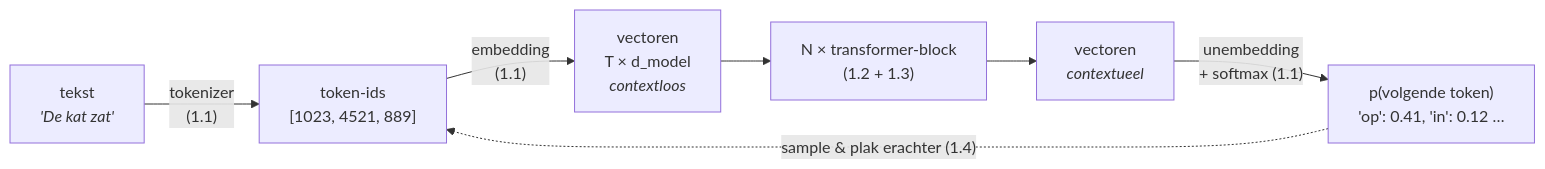
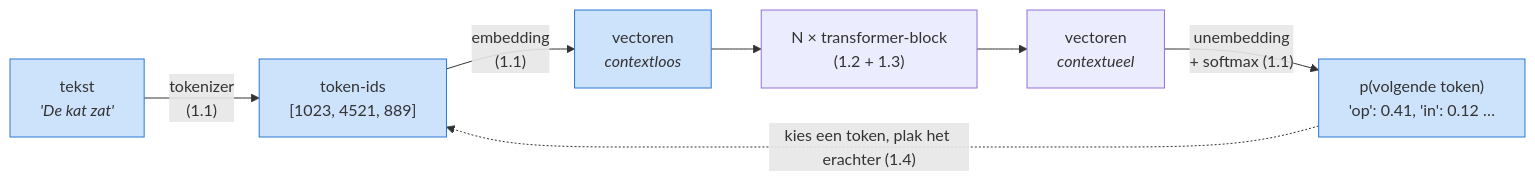
Before and after one commit to jeroenderuijter2002/Self-learning-AI: the diagram in modules/01-transformers/notes/1.1-tokens-en-embeddings.md, drawn with Mermaid. The commit also changed other lines of this file and 21 other files, not shown here.

````diff
--- a/modules/01-transformers/notes/1.1-tokens-en-embeddings.md
+++ b/modules/01-transformers/notes/1.1-tokens-en-embeddings.md
@@ -21,9 +31,13 @@
 ```mermaid
 flowchart LR
     A["tekst<br/><i>'De kat zat'</i>"] -->|"tokenizer<br/>(1.1)"| B["token-ids<br/>[1023, 4521, 889]"]
-    B -->|"embedding<br/>(1.1)"| C["vectoren<br/>T × d_model<br/><i>contextloos</i>"]
+    B -->|"embedding<br/>(1.1)"| C["vectoren<br/><i>contextloos</i>"]
     C --> D["N × transformer-block<br/>(1.2 + 1.3)"]
     D --> E["vectoren<br/><i>contextueel</i>"]
     E -->|"unembedding<br/>+ softmax (1.1)"| F["p(volgende token)<br/>'op': 0.41, 'in': 0.12 …"]
-    F -.->|"sample & plak erachter (1.4)"| B
+    F -.->|"kies een token, plak het erachter (1.4)"| B
+    style A fill:#cde2fb,stroke:#2a78d6
+    style B fill:#cde2fb,stroke:#2a78d6
+    style C fill:#cde2fb,stroke:#2a78d6
+    style F fill:#cde2fb,stroke:#2a78d6
 ```
````
